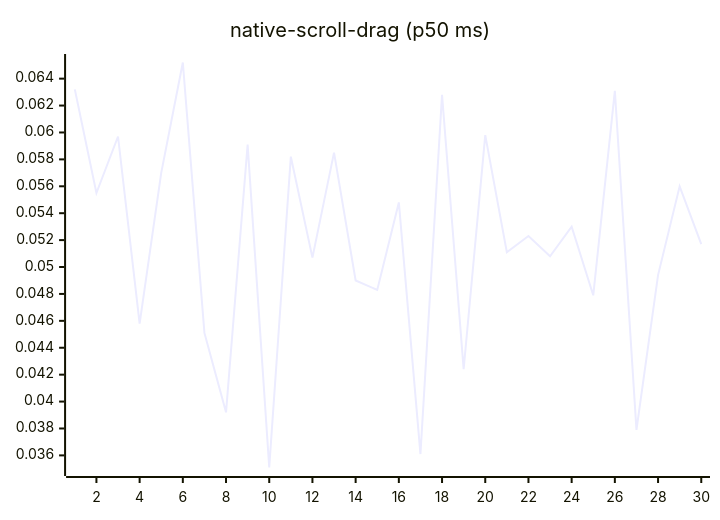
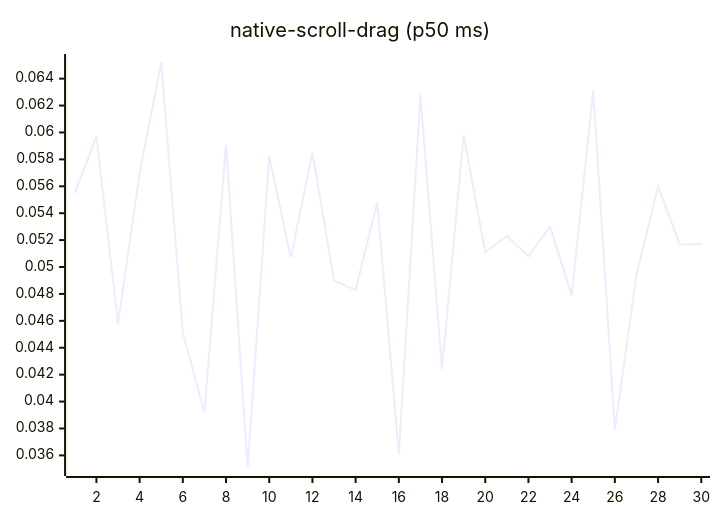
One commit to josha/Facet changed diagram 14 of 27 in README.md. Above: the diagram before and after it, drawn with Mermaid. The commit also changed other lines of this file and 2 other files, not shown here.

````diff
--- a/README.md
+++ b/README.md
@@ -154,6 +154,6 @@
 ```mermaid
 xychart-beta
     title "native-scroll-drag (p50 ms)"
     x-axis 1 --> 30
-    line [0.0632, 0.0555, 0.0597, 0.0458, 0.0570, 0.0652, 0.0451, 0.0392, 0.0591, 0.0351, 0.0582, 0.0507, 0.0585, 0.0490, 0.0483, 0.0548, 0.0361, 0.0628, 0.0424, 0.0598, 0.0511, 0.0523, 0.0508, 0.0530, 0.0479, 0.0631, 0.0379, 0.0494, 0.0560, 0.0517]
+    line [0.0555, 0.0597, 0.0458, 0.0570, 0.0652, 0.0451, 0.0392, 0.0591, 0.0351, 0.0582, 0.0507, 0.0585, 0.0490, 0.0483, 0.0548, 0.0361, 0.0628, 0.0424, 0.0598, 0.0511, 0.0523, 0.0508, 0.0530, 0.0479, 0.0631, 0.0379, 0.0494, 0.0560, 0.0517, 0.0517]
 ```
````
